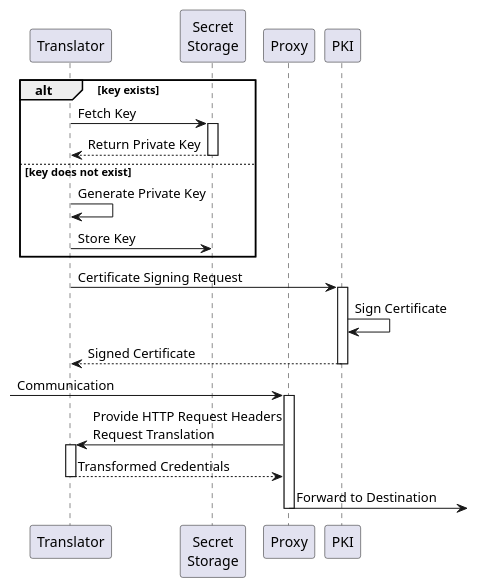
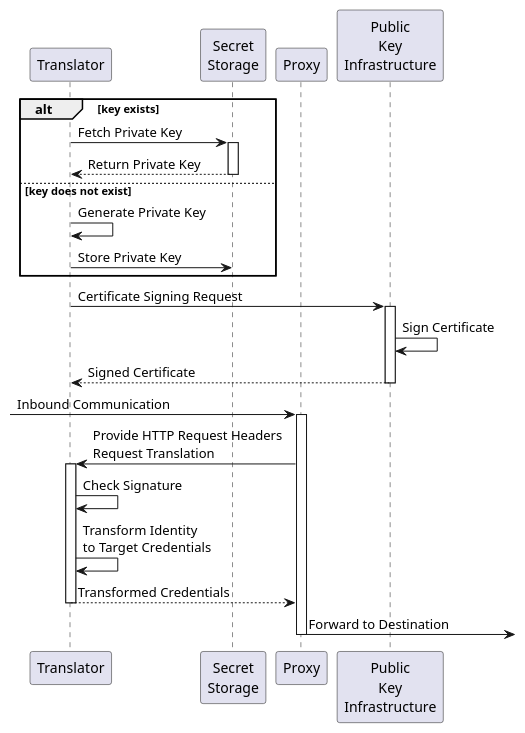
One commit to buehler/mse-project-thesis-1 changed the diagram in diagrams/sequences/pki-process.puml. Above: the diagram before and after it, drawn with PlantUML. The commit also changed 11 other files, not shown here.

```diff
--- a/diagrams/sequences/pki-process.puml
+++ b/diagrams/sequences/pki-process.puml
@@ -1,31 +1,33 @@
 @startuml
 skinparam backgroundcolor transparent
 
 participant "Translator" as t
 participant "Secret\nStorage" as sec
 participant "Proxy" as p
-participant "PKI" as k
+participant "Public\nKey\nInfrastructure" as k
 
 alt key exists
-    t -> sec : Fetch Key
+    t -> sec : Fetch Private Key
     activate sec
     return Return Private Key
 else key does not exist
     t -> t : Generate Private Key
-    t -> sec : Store Key
+    t -> sec : Store Private Key
 end
 
 t -> k : Certificate Signing Request
 activate k
     k -> k : Sign Certificate
 return Signed Certificate
 
-[-> p : Communication
+[-> p : Inbound Communication
 activate p
     p -> t : Provide HTTP Request Headers\nRequest Translation
     activate t
+    t -> t : Check Signature
+    t -> t : Transform Identity\nto Target Credentials
     return Transformed Credentials
     p ->] : Forward to Destination
 deactivate p
 
 @enduml
```
